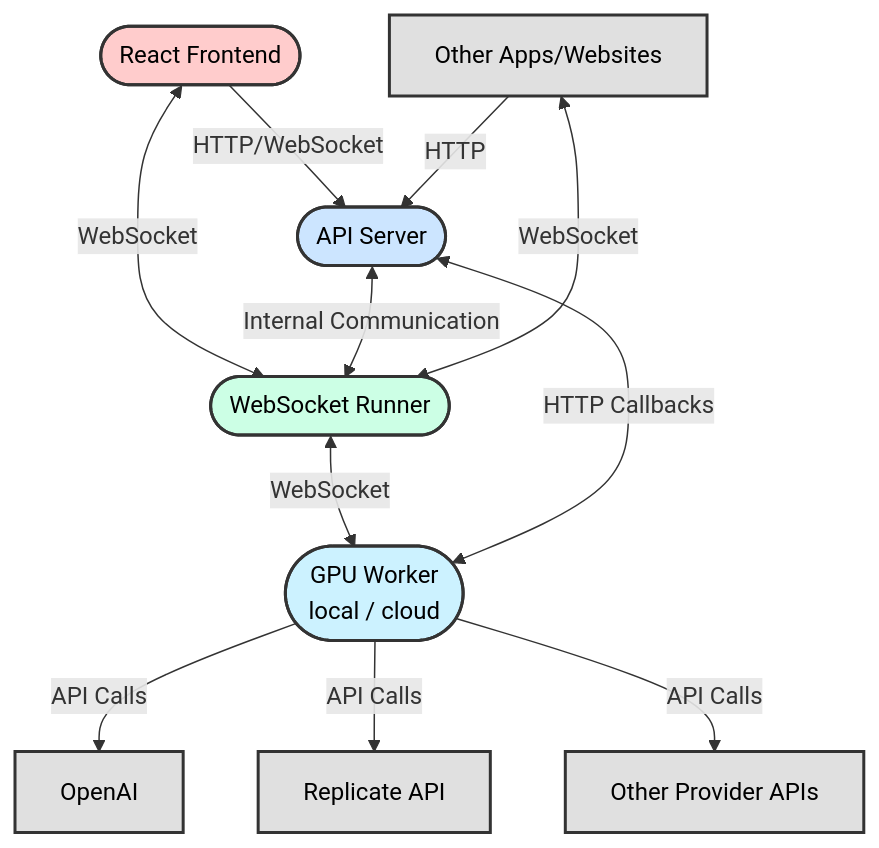
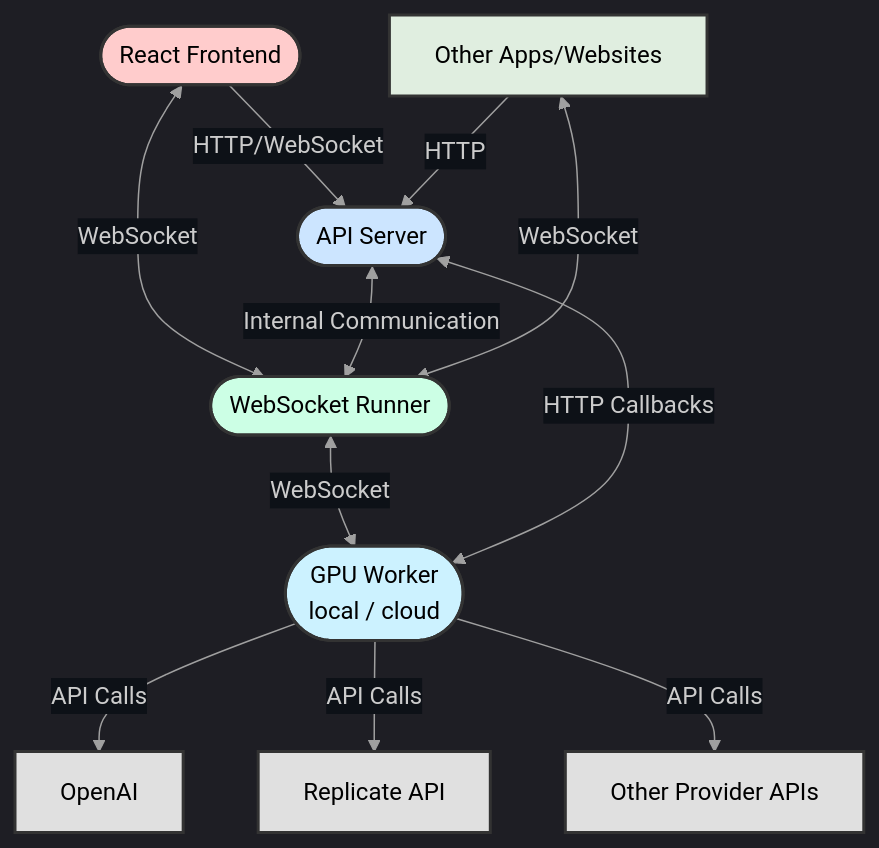
One commit to nodetool-ai/nodetool changed the diagram in README.md. Above: the diagram before and after it, drawn with Mermaid.

Commit message:
Update README.md architecture graph

````diff
--- a/README.md
+++ b/README.md
@@ -102,31 +102,31 @@
 ```mermaid
+%%{init: {'theme': 'dark', 'themeVariables': { 'primaryColor': '#0d1117', 'edgeLabelBackground': '#0d1117', 'lineColor': '#a0a0a0', 'edgeLabelColor': '#a0a0a0' }}}%%
 graph TD
 A([React Frontend]) -->|HTTP/WebSocket| B([API Server])
 A <-->|WebSocket| C([WebSocket Runner])
 B <-->|Internal Communication| C
 C <-->|WebSocket| D([GPU Worker<br>local / cloud])
 D <-->|HTTP Callbacks| B
 E[Other Apps/Websites] -->|HTTP| B
 E <-->|WebSocket| C
 D -->|API Calls| F[OpenAI]
 D -->|API Calls| G[Replicate API]
 D -->|API Calls| H[Other Provider APIs]
 
 
-    classDef default fill:#e0e0e0,stroke:#333,stroke-width:2px,color:#000;
+    classDef default fill:#e0eee0,stroke:#333,stroke-width:2px,color:#000;
     classDef frontend fill:#ffcccc,stroke:#333,stroke-width:2px,color:#000;
     classDef server fill:#cce5ff,stroke:#333,stroke-width:2px,color:#000;
     classDef runner fill:#ccffe5,stroke:#333,stroke-width:2px,color:#000;
     classDef worker fill:#ccf2ff,stroke:#333,stroke-width:2px,color:#000;
     classDef api fill:#e0e0e0,stroke:#333,stroke-width:2px,color:#000;
     classDef darkgray fill:#a9a9a9,stroke:#333,stroke-width:2px,color:#000;
-    classDef transparent fill:transparent,stroke:transparent;
-    classDef small width:100px,height:40px;
+
 
     class A frontend;
     class B server;
     class C runner;
     class D worker;
     class E other;
     class F,G,H api;
 ```
````
